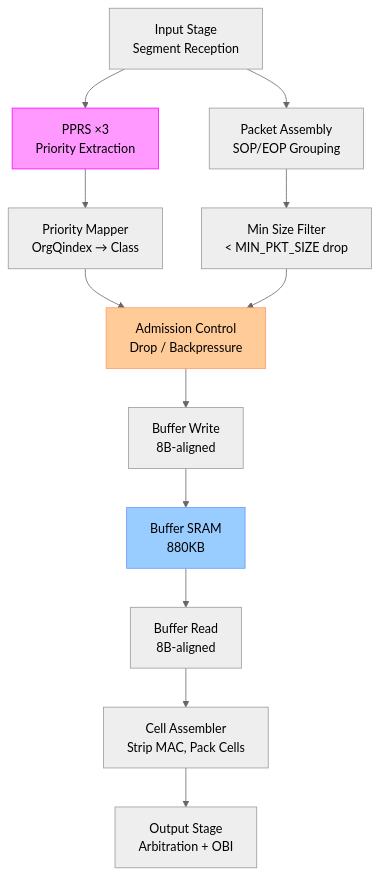
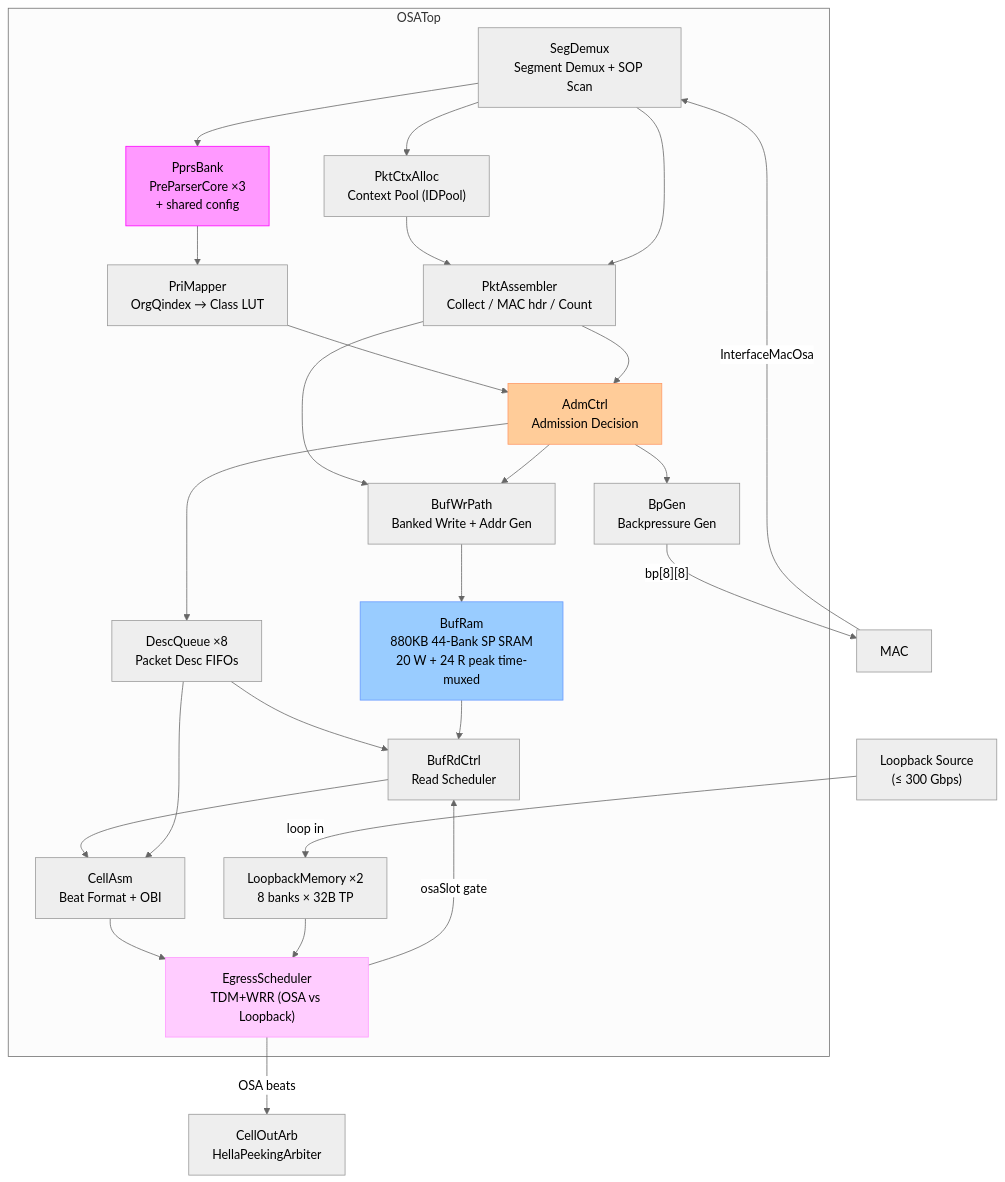
Before and after one commit to RuyeeAI/HardwareDesign: the second of 6 diagrams in docs/OSA.md, drawn with Mermaid (neutral theme). The commit also changed other lines of this file and 21 other files, not shown here.

````diff
--- a/docs/OSA.md
+++ b/docs/OSA.md
@@ -79,18 +163,48 @@
 ```mermaid
 flowchart TD
-    Input["Input Stage<br/>Segment Reception"] --> PPRS["PPRS ×3<br/>Priority Extraction"]
-    Input --> Assembly["Packet Assembly<br/>SOP/EOP Grouping"]
-    PPRS --> PriMap["Priority Mapper<br/>OrgQindex → Class"]
-    Assembly --> MinFlt["Min Size Filter<br/>< MIN_PKT_SIZE drop"]
-    PriMap --> AdmCtrl["Admission Control<br/>Drop / Backpressure"]
-    MinFlt --> AdmCtrl
-    AdmCtrl --> BufWr["Buffer Write<br/>8B-aligned"]
-    BufWr --> Buffer["Buffer SRAM<br/>880KB"]
-    Buffer --> BufRd["Buffer Read<br/>8B-aligned"]
-    BufRd --> CellAsm["Cell Assembler<br/>Strip MAC, Pack Cells"]
-    CellAsm --> Output["Output Stage<br/>Arbitration + OBI"]
+    subgraph OSA["OSATop"]
+        SD["SegDemux<br/>Segment Demux + SOP Scan"]
+        PCA["PktCtxAlloc<br/>Context Pool (IDPool)"]
+        PB["PprsBank<br/>PreParserCore ×3<br/>+ shared config"]
+        PM["PriMapper<br/>OrgQindex → Class LUT"]
+        PA["PktAssembler<br/>Collect / MAC hdr / Count"]
+        AC["AdmCtrl<br/>Admission Decision"]
+        BW["BufWrPath<br/>Banked Write + Addr Gen"]
+        BR["BufRam<br/>880KB 44-Bank SP SRAM<br/>20 W + 24 R peak time-muxed"]
+        DQ["DescQueue ×8<br/>Packet Desc FIFOs"]
+        BC["BufRdCtrl<br/>Read Scheduler"]
+        CA["CellAsm<br/>Beat Format + OBI"]
+        BG["BpGen<br/>Backpressure Gen"]
+        LQ["LoopbackMemory ×2<br/>8 banks × 32B TP"]
+        ES["EgressScheduler<br/>TDM+WRR (OSA vs Loopback)"]
+        SD --> PCA
+        SD --> PB
+        PB --> PM
+        PCA --> PA
+        SD --> PA
+        PM --> AC
+        PA --> AC
+        PA --> BW
+        AC --> BW
+        BW --> BR
+        AC --> DQ
+        DQ --> BC
+        BR --> BC
+        BC --> CA
+        DQ --> CA
+        AC --> BG
+        CA --> ES
+        LQ --> ES
+        ES -->|"osaSlot gate"| BC
+    end
 
-    style PPRS fill:#f9f,stroke:#f0f
-    style Buffer fill:#9cf,stroke:#69f
-    style AdmCtrl fill:#fc9,stroke:#f96
+    MAC["MAC"] -->|"InterfaceMacOsa"| SD
+    ES -->|"OSA beats"| ARB["CellOutArb<br/>HellaPeekingArbiter"]
+    LPBK["Loopback Source<br/>(≤ 300 Gbps)"] -->|"loop in"| LQ
+    BG -->|"bp[8][8]"| MAC
+
+    style PB fill:#f9f,stroke:#f0f
+    style BR fill:#9cf,stroke:#69f
+    style AC fill:#fc9,stroke:#f96
+    style ES fill:#fcf,stroke:#f9f
 ```
````
